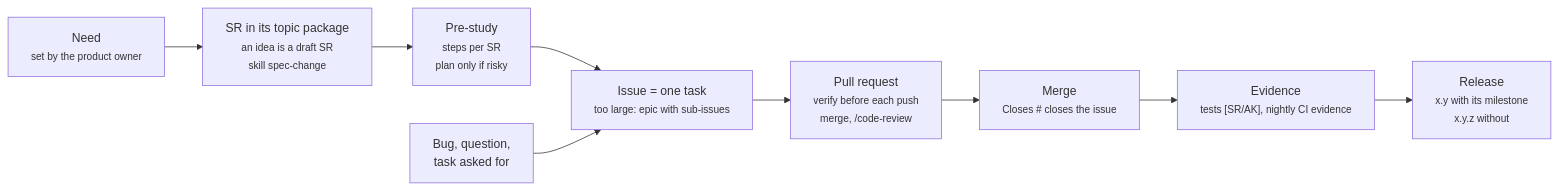
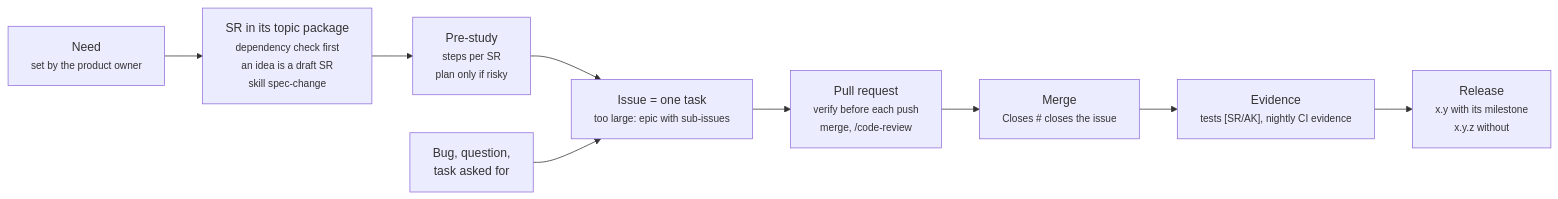
Before and after one commit to ThomasBirkmaier/ReqSeq: the diagram in docs/process.md, drawn with Mermaid. The commit also changed other lines of this file and 2 other files, not shown here.

First line of the commit message:
docs(rules): start every spec change with a dependency check

````diff
--- a/docs/process.md
+++ b/docs/process.md
@@ -5,16 +5,16 @@
 ```mermaid
 flowchart LR
   need["Need<br/><small>set by the product owner</small>"]
-  sr["SR in its topic package<br/><small>an idea is a draft SR<br/>skill spec-change</small>"]
+  sr["SR in its topic package<br/><small>dependency check first<br/>an idea is a draft SR<br/>skill spec-change</small>"]
   study["Pre-study<br/><small>steps per SR<br/>plan only if risky</small>"]
   entry["Bug, question,<br/>task asked for"]
   issue["Issue = one task<br/><small>too large: epic with sub-issues</small>"]
   pr["Pull request<br/><small>verify before each push<br/>merge, /code-review</small>"]
   merged["Merge<br/><small>Closes # closes the issue</small>"]
   evidence["Evidence<br/><small>tests [SR/AK], nightly CI evidence</small>"]
   release["Release<br/><small>x.y with its milestone<br/>x.y.z without</small>"]
 
   need --> sr --> study --> issue
   entry --> issue
   issue --> pr --> merged --> evidence --> release
 ```
````
